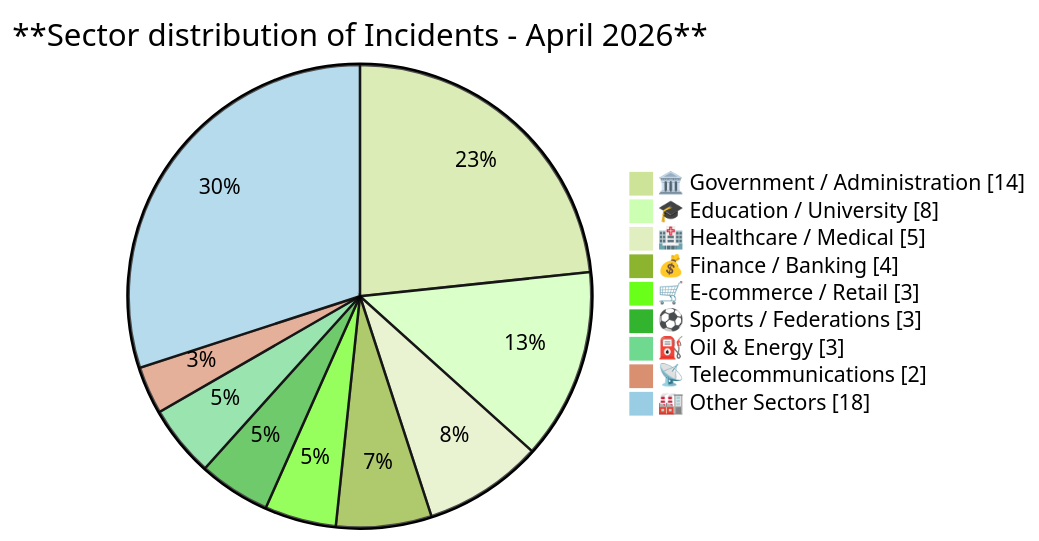
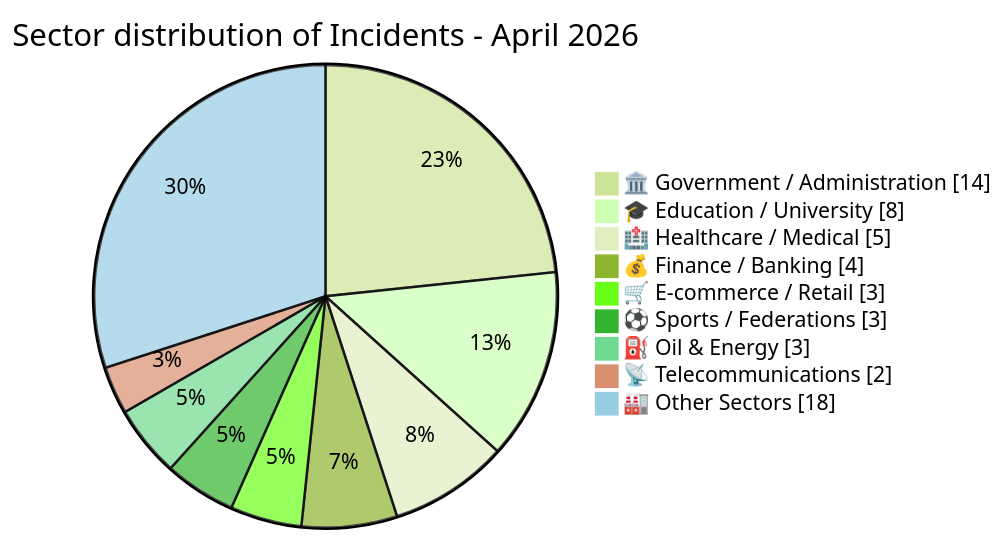
The fourth of 5 diagrams in reports/2026/04-april/README.md (Hatchepsoute/AFRINTEL), drawn with Mermaid (forest theme) before and after one commit.

Commit message:
Rapport CTI Avril 2026

````diff
--- a/reports/2026/04-april/README.md
+++ b/reports/2026/04-april/README.md
@@ -206,13 +206,13 @@
 ```mermaid
 pie showData
-    title **Sector distribution of Incidents - April 2026**
+    title Sector distribution of Incidents - April 2026
     "🏛️ Government / Administration" : 14
     "🎓 Education / University" : 8
     "🏥 Healthcare / Medical" : 5
     "💰 Finance / Banking" : 4
     "🛒 E-commerce / Retail" : 3
     "⚽ Sports / Federations" : 3
     "⛽ Oil & Energy" : 3
     "📡 Telecommunications" : 2
     "🏭 Other Sectors" : 18
 ```
````
